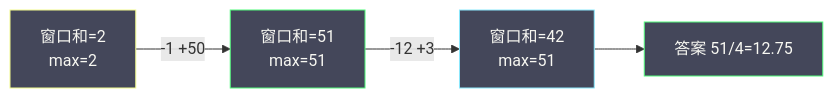
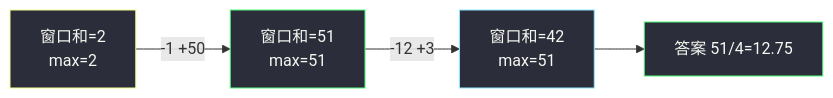
Before and after one commit to socoo123/algorithm_pratices_web: the third of 3 diagrams in solutions/base/maximum-average-subarray-i.md, drawn with Mermaid. The commit also changed other lines of this file and 10 other files, not shown here.

First line of the commit message:
Fix Mermaid contrast on parchment theme and add #438 solution.

````diff
--- a/solutions/base/maximum-average-subarray-i.md
+++ b/solutions/base/maximum-average-subarray-i.md
@@ -255,11 +255,11 @@
 ```mermaid
 flowchart LR
     S0["窗口和=2<br/>max=2"] -->|"-1 +50"| S1["窗口和=51<br/>max=51"]
     S1 -->|"-12 +3"| S2["窗口和=42<br/>max=51"]
     S2 --> ANS["答案 51/4=12.75"]
 
-    style S0 fill:#44475a,stroke:#f1fa8c,color:#f8f8f2
-    style S1 fill:#44475a,stroke:#50fa7b,color:#f8f8f2
-    style S2 fill:#44475a,stroke:#8be9fd,color:#f8f8f2
-    style ANS fill:#44475a,stroke:#50fa7b,color:#f8f8f2
+    style S0 fill:#2b2d3a,stroke:#f1fa8c,color:#f8f8f2
+    style S1 fill:#2b2d3a,stroke:#50fa7b,color:#f8f8f2
+    style S2 fill:#2b2d3a,stroke:#8be9fd,color:#f8f8f2
+    style ANS fill:#2b2d3a,stroke:#50fa7b,color:#f8f8f2
 ```
````
